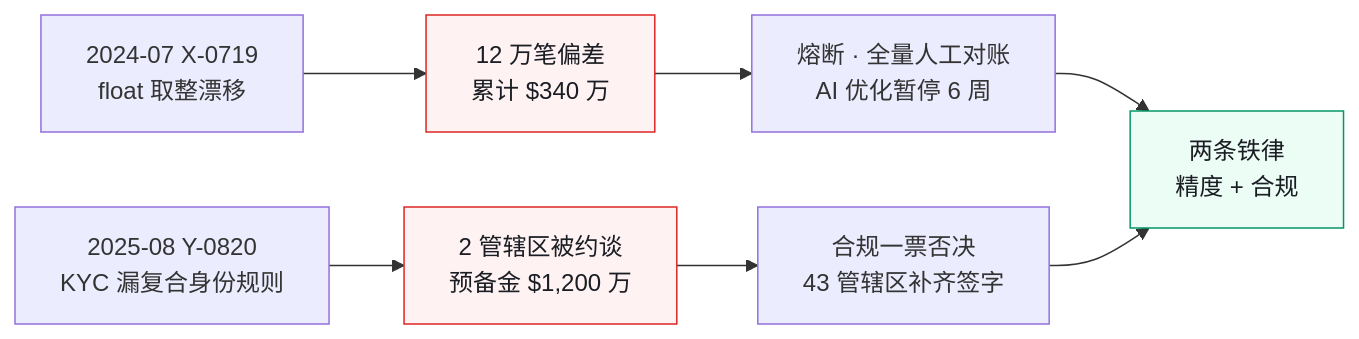
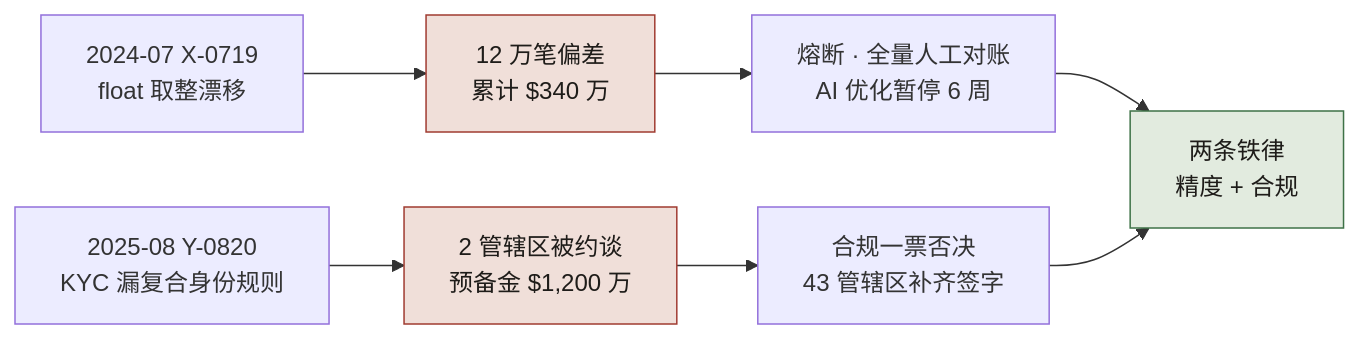
Before and after one commit to funny8kids/AI_Native_Software_Engineering: the first of 3 diagrams in docs/manuscript/ch35-案例二-海星交易所.md, drawn with Mermaid. The commit also changed other lines of this file and 81 other files, not shown here.

````diff
--- a/docs/manuscript/ch35-案例二-海星交易所.md
+++ b/docs/manuscript/ch35-案例二-海星交易所.md
@@ -144,12 +144,12 @@
 ```mermaid
 flowchart LR
   X1[2024-07 X-0719<br/>float 取整漂移] --> X2[12 万笔偏差<br/>累计 $340 万]
   X2 --> X3[熔断 · 全量人工对账<br/>AI 优化暂停 6 周]
   Y1[2025-08 Y-0820<br/>KYC 漏复合身份规则] --> Y2[2 管辖区被约谈<br/>预备金 $1,200 万]
   Y2 --> Y3[合规一票否决<br/>43 管辖区补齐签字]
   X3 --> IR[两条铁律<br/>精度 + 合规]
   Y3 --> IR
-  style X2 fill:#fef2f2,stroke:#dc2626,color:#1a1d23
-  style Y2 fill:#fef2f2,stroke:#dc2626,color:#1a1d23
-  style IR fill:#ecfdf5,stroke:#059669,color:#1a1d23
+  style X2 fill:#f0dfd9,stroke:#a03b31,color:#1e1c19
+  style Y2 fill:#f0dfd9,stroke:#a03b31,color:#1e1c19
+  style IR fill:#e2ebdf,stroke:#3e7247,color:#1e1c19
 ```
````
